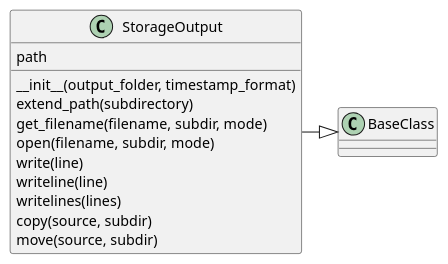
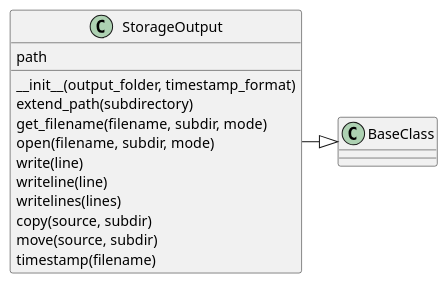
The diagram in apetools/commons/storageoutput.rst (russell-n/oldape), drawn with PlantUML before and after one commit. The commit also changed 161 other files, not shown here.

```diff
--- a/apetools/commons/storageoutput.rst
+++ b/apetools/commons/storageoutput.rst
@@ -22,13 +22,14 @@
 .. uml::
 
    StorageOutput -|> BaseClass
    StorageOutput : __init__(output_folder, timestamp_format)
    StorageOutput : path
    StorageOutput : extend_path(subdirectory)
    StorageOutput : get_filename(filename, subdir, mode)
    StorageOutput : open(filename, subdir, mode)
    StorageOutput : write(line)
    StorageOutput : writeline(line)
    StorageOutput : writelines(lines)
    StorageOutput : copy(source, subdir)
    StorageOutput : move(source, subdir)
+   StorageOutput : timestamp(filename)
```
